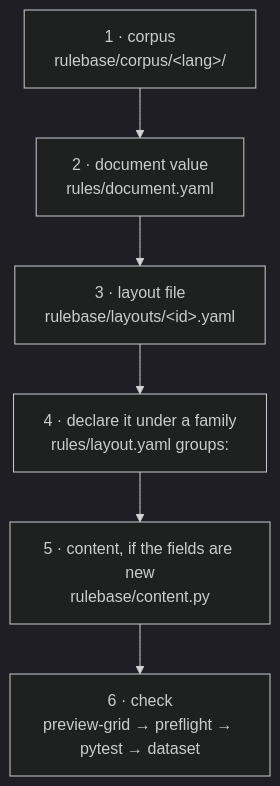
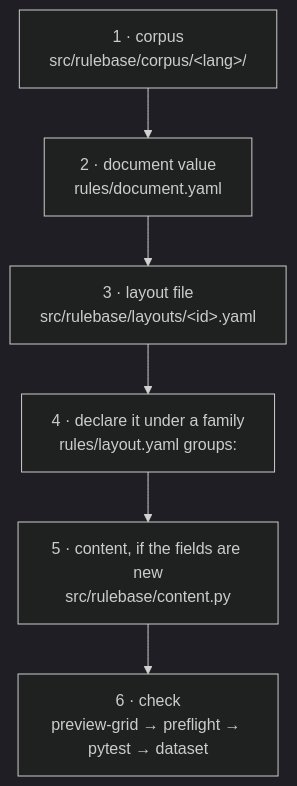
One commit to LinhPhuong14/vlm-ocr-synthetic changed the sixth of 9 diagrams in README.md. Above: the diagram before and after it, drawn with Mermaid (dark theme). The commit also changed other lines of this file and 682 other files, not shown here.

````diff
--- a/README.md
+++ b/README.md
@@ -248,8 +249,8 @@
 ```mermaid
 flowchart TD
-    A["1 · corpus<br/>rulebase/corpus/&lt;lang&gt;/"] --> B["2 · document value<br/>rules/document.yaml"]
-    B --> C["3 · layout file<br/>rulebase/layouts/&lt;id&gt;.yaml"]
+    A["1 · corpus<br/>src/rulebase/corpus/&lt;lang&gt;/"] --> B["2 · document value<br/>rules/document.yaml"]
+    B --> C["3 · layout file<br/>src/rulebase/layouts/&lt;id&gt;.yaml"]
     C --> D["4 · declare it under a family<br/>rules/layout.yaml groups:"]
-    D --> E["5 · content, if the fields are new<br/>rulebase/content.py"]
+    D --> E["5 · content, if the fields are new<br/>src/rulebase/content.py"]
     E --> F["6 · check<br/>preview-grid → preflight → pytest → dataset"]
 ```
````
